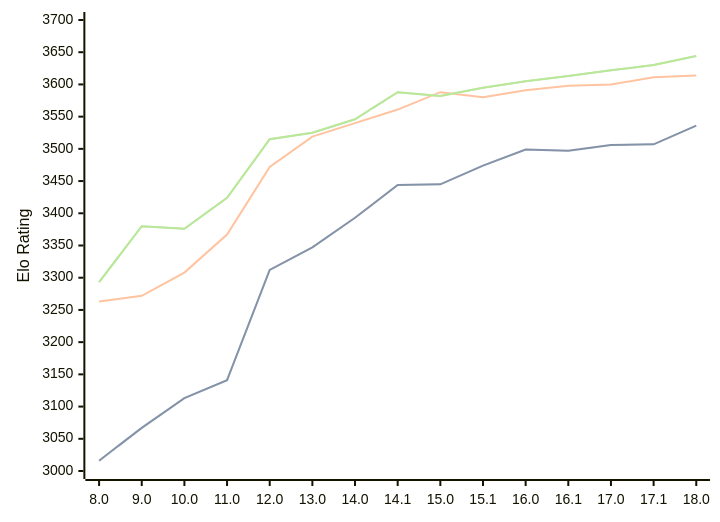
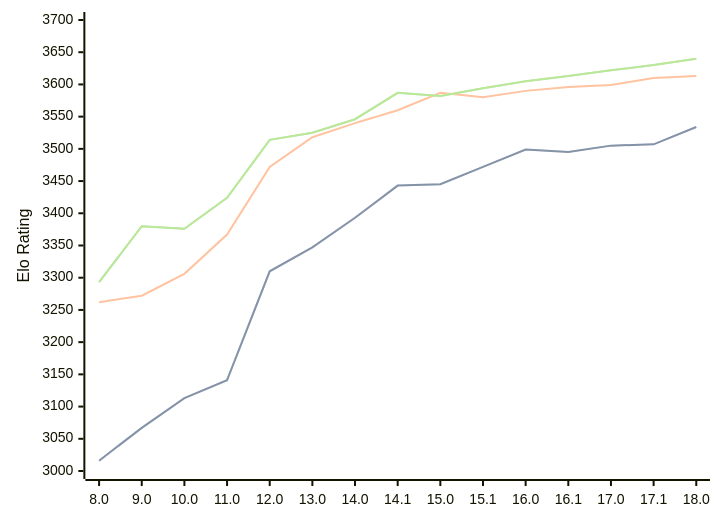
Before and after one commit to computer-chess-index/cci: the diagram in engines/Stockfish.md, drawn with Mermaid. The commit also changed other lines of this file, not shown here.

Commit message:
Update CCI Ratings (ELO VLTC) - 2026-03-22

````diff
--- a/engines/Stockfish.md
+++ b/engines/Stockfish.md
@@ -46,11 +46,11 @@
 ```mermaid
 %%{init: {"theme":"base","themeVariables":{"seriesColors:['#a3a3a3','#222221','#faa371']}}}%%
 xychart-beta
   x-axis ["8.0", "9.0", "10.0", "11.0", "12.0", "13.0", "14.0", "14.1", "15.0", "15.1", "16.0", "16.1", "17.0", "17.1", "18.0"]
   y-axis "Elo Rating" 3000 --> 3700
-  line "STC (8.0+0.08s)" [3016, 3067, 3113, 3141, 3312, 3347, 3393, 3444, 3445, 3474, 3499, 3497, 3506, 3507, 3536]
-  line "STC (8.0+0.08s)" [3016, 3067, 3113, 3141, 3312, 3347, 3393, 3444, 3445, 3474, 3499, 3497, 3506, 3507, 3536]
-  line "LTC (60.0+0.60s)" [3263, 3272, 3308, 3367, 3472, 3519, 3540, 3561, 3588, 3580, 3591, 3598, 3600, 3611, 3614]
-  line "VLTC (2m24s+1.12s)" [3293, 3380, 3376, 3424, 3515, 3525, 3546, 3588, 3582, 3595, 3605, 3613, 3622, 3630, 3644]
-  line "VLTC (2m24s+1.12s)" [3293, 3380, 3376, 3424, 3515, 3525, 3546, 3588, 3582, 3595, 3605, 3613, 3622, 3630, 3644]
+  line "STC (8.0+0.08s)" [3016, 3067, 3113, 3141, 3310, 3347, 3393, 3443, 3445, 3472, 3499, 3495, 3505, 3507, 3534]
+  line "STC (8.0+0.08s)" [3016, 3067, 3113, 3141, 3310, 3347, 3393, 3443, 3445, 3472, 3499, 3495, 3505, 3507, 3534]
+  line "LTC (60.0+0.60s)" [3262, 3272, 3306, 3367, 3472, 3518, 3540, 3560, 3587, 3580, 3590, 3596, 3599, 3610, 3613]
+  line "VLTC (2m24s+1.12s)" [3293, 3380, 3376, 3424, 3514, 3525, 3546, 3587, 3582, 3594, 3605, 3613, 3622, 3630, 3640]
+  line "VLTC (2m24s+1.12s)" [3293, 3380, 3376, 3424, 3514, 3525, 3546, 3587, 3582, 3594, 3605, 3613, 3622, 3630, 3640]
 ```
````
